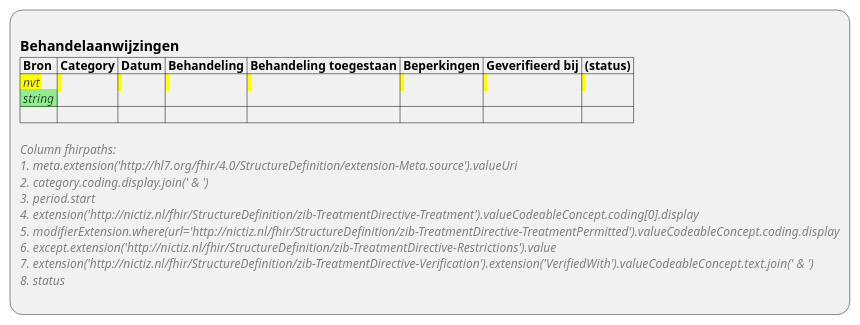
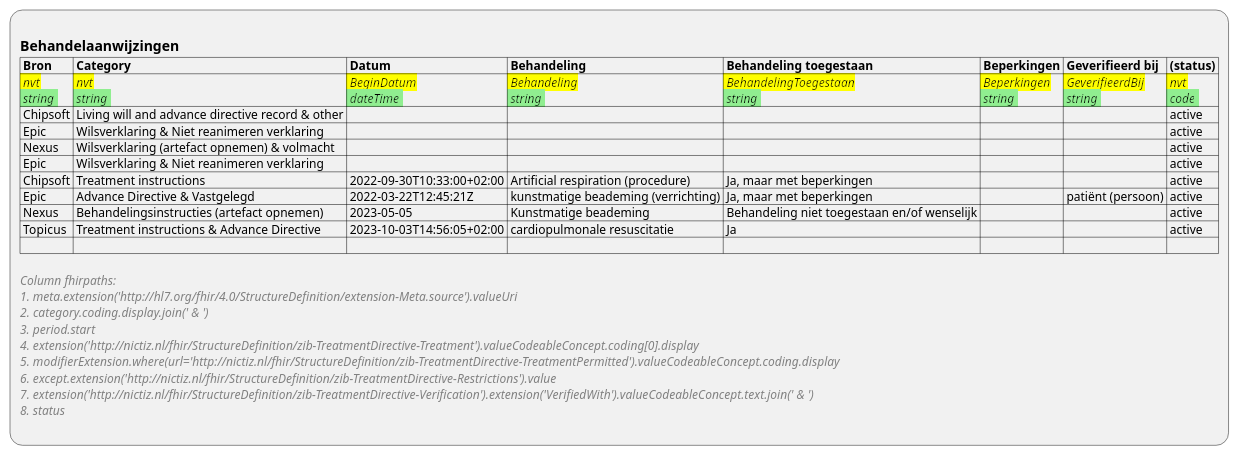
The diagram in input/images-source/ViewDefinition-Behandelaanwijzingen.plantuml (RIVO-Noord/zorgviewer-ig), drawn with PlantUML before and after one commit. The commit also changed 13 other files, not shown here.

```diff
--- a/input/images-source/ViewDefinition-Behandelaanwijzingen.plantuml
+++ b/input/images-source/ViewDefinition-Behandelaanwijzingen.plantuml
@@ -1,18 +1,26 @@
 @startuml ViewDefinition-Behandelaanwijzingen
 :
 == Behandelaanwijzingen
 |= Bron |= Category |= Datum |= Behandeling |= Behandeling toegestaan |= Beperkingen |= Geverifieerd bij |= (status) |
-|<back:yellow> //nvt//\n<back:lightgreen> //string// |<back:yellow> \n |<back:yellow> \n |<back:yellow> \n |<back:yellow> \n |<back:yellow> \n |<back:yellow> \n |<back:yellow> \n |
+|<back:yellow> //nvt//\n<back:lightgreen> //string// |<back:yellow> //nvt//\n<back:lightgreen> //string// |<back:yellow> //BeginDatum//\n<back:lightgreen> //dateTime// |<back:yellow> //Behandeling//\n<back:lightgreen> //string// |<back:yellow> //BehandelingToegestaan//\n<back:lightgreen> //string// |<back:yellow> //Beperkingen//\n<back:lightgreen> //string// |<back:yellow> //GeverifieerdBij//\n<back:lightgreen> //string// |<back:yellow> //nvt//\n<back:lightgreen> //code// |
+| Chipsoft | Living will and advance directive record & other |  |  |  |  |  | active |
+| Epic | Wilsverklaring & Niet reanimeren verklaring |  |  |  |  |  | active |
+| Nexus | Wilsverklaring (artefact opnemen) & volmacht |  |  |  |  |  | active |
+| Epic | Wilsverklaring & Niet reanimeren verklaring |  |  |  |  |  | active |
+| Chipsoft | Treatment instructions | 2022-09-30T10:33:00+02:00 | Artificial respiration (procedure) | Ja, maar met beperkingen |  |  | active |
+| Epic | Advance Directive & Vastgelegd | 2022-03-22T12:45:21Z | kunstmatige beademing (verrichting) | Ja, maar met beperkingen |  | patiënt (persoon) | active |
+| Nexus | Behandelingsinstructies (artefact opnemen) | 2023-05-05 | Kunstmatige beademing | Behandeling niet toegestaan en/of wenselijk |  |  | active |
+| Topicus | Treatment instructions & Advance Directive | 2023-10-03T14:56:05+02:00 | cardiopulmonale resuscitatie | Ja |  |  | active |
 | |
 
 <color:gray>//Column fhirpaths://
 <color:gray>//1. meta.extension('http:~//hl7.org/fhir/4.0/StructureDefinition/extension-Meta.source').valueUri//
 <color:gray>//2. category.coding.display.join(' & ')//
 <color:gray>//3. period.start//
 <color:gray>//4. extension('http:~//nictiz.nl/fhir/StructureDefinition/zib-TreatmentDirective-Treatment').valueCodeableConcept.coding[0].display//
 <color:gray>//5. modifierExtension.where(url='http:~//nictiz.nl/fhir/StructureDefinition/zib-TreatmentDirective-TreatmentPermitted').valueCodeableConcept.coding.display//
 <color:gray>//6. except.extension('http:~//nictiz.nl/fhir/StructureDefinition/zib-TreatmentDirective-Restrictions').value//
 <color:gray>//7. extension('http:~//nictiz.nl/fhir/StructureDefinition/zib-TreatmentDirective-Verification').extension('VerifiedWith').valueCodeableConcept.text.join(' & ')//
 <color:gray>//8. status//
 ;
 @enduml
```
